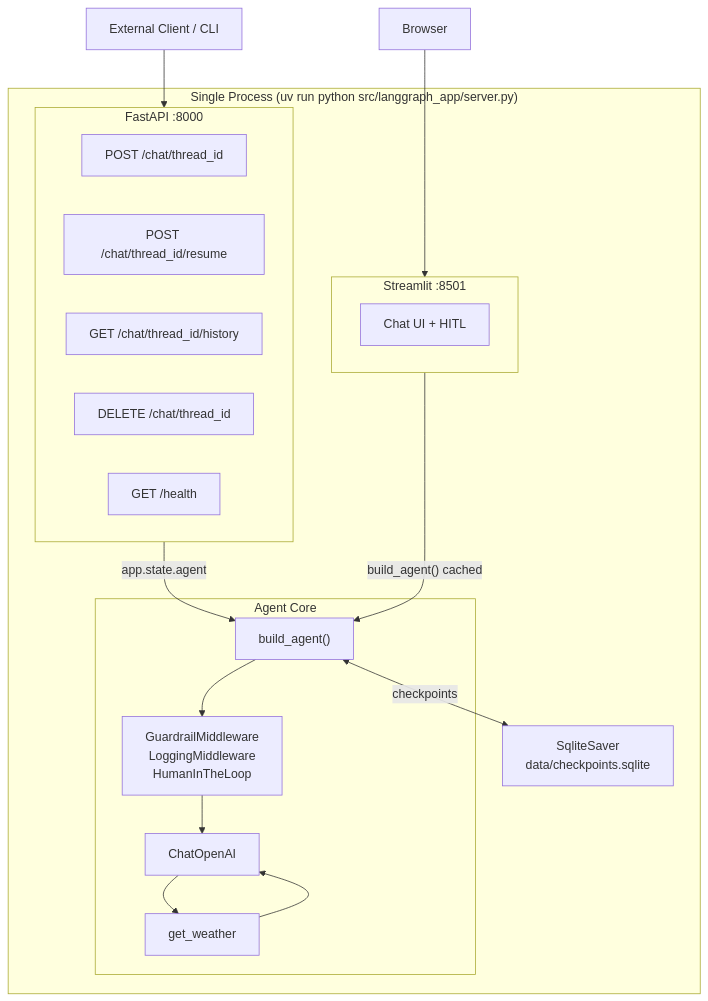
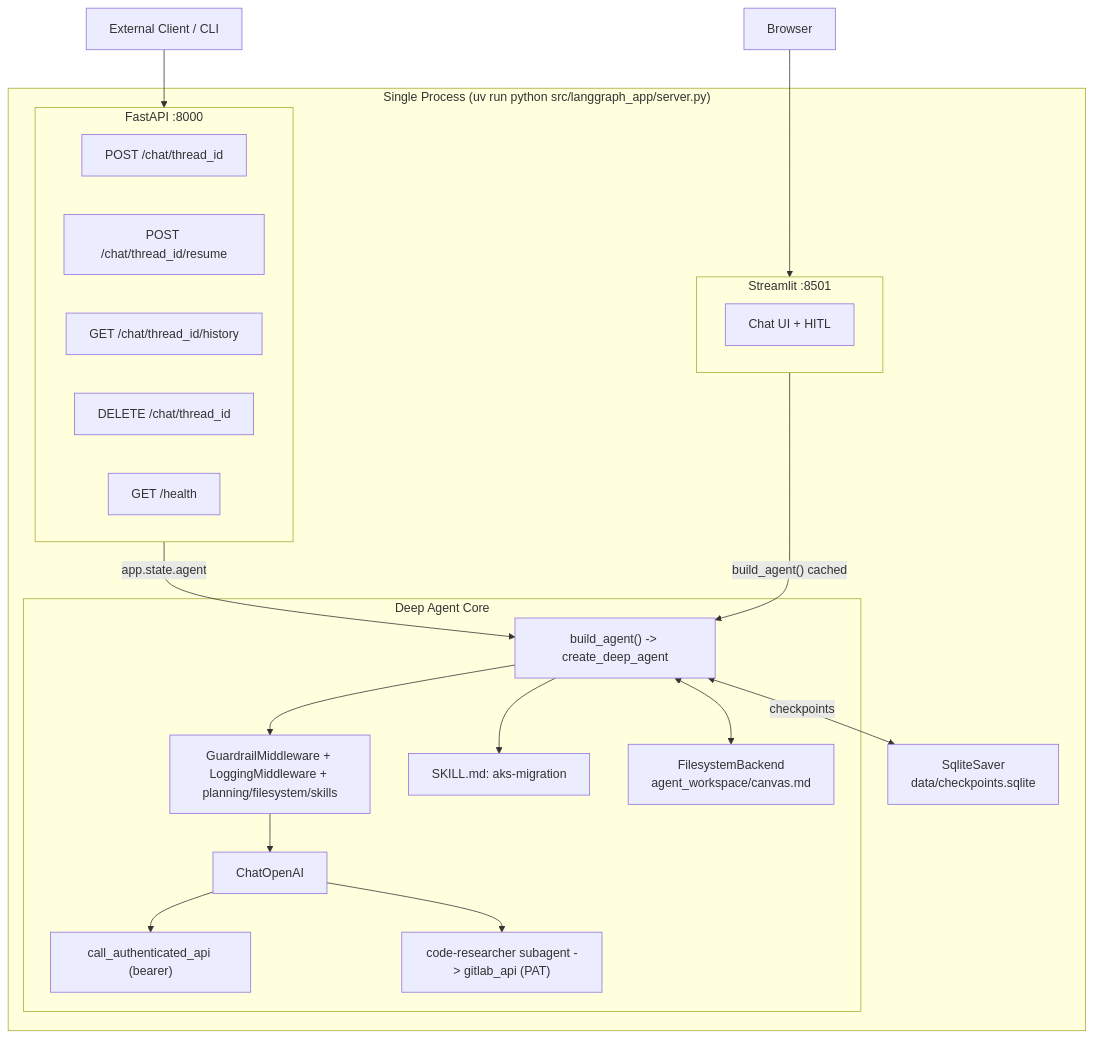
The diagram in README.md (shivank22/LangGraphBoilerPlate), drawn with Mermaid before and after one commit. The commit also changed other lines of this file and 13 other files, not shown here.

Commit message:
Equipped Agent with Skill and Fixed some BUGS

````diff
--- a/README.md
+++ b/README.md
@@ -53,27 +53,34 @@
 ```mermaid
 flowchart TD
     subgraph monolith ["Single Process  (uv run python src/langgraph_app/server.py)"]
         subgraph fastapiBlock ["FastAPI  :8000"]
             R1["POST /chat/thread_id"]
             R2["POST /chat/thread_id/resume"]
             R3["GET /chat/thread_id/history"]
             R4["DELETE /chat/thread_id"]
             R5["GET /health"]
         end
         subgraph streamlitBlock ["Streamlit  :8501"]
             UI["Chat UI + HITL"]
         end
-        subgraph coreBlock ["Agent Core"]
-            AG["build_agent()"]
-            MW["GuardrailMiddleware\nLoggingMiddleware\nHumanInTheLoop"]
+        subgraph coreBlock ["Deep Agent Core"]
+            AG["build_agent() -> create_deep_agent"]
+            MW["GuardrailMiddleware + LoggingMiddleware + planning/filesystem/skills"]
             Model["ChatOpenAI"]
-            Tools["get_weather"]
+            Skill["SKILL.md: aks-migration"]
+            Tools["call_authenticated_api (bearer)"]
+            Sub["code-researcher subagent -> gitlab_api (PAT)"]
+            FS["FilesystemBackend\nagent_workspace/canvas.md"]
         end
         fastapiBlock -->|"app.state.agent"| AG
         streamlitBlock -->|"build_agent() cached"| AG
-        AG --> MW --> Model --> Tools --> Model
+        AG --> MW --> Model
+        Model --> Tools
+        Model --> Sub
+        AG --> Skill
+        AG <--> FS
         AG <-->|checkpoints| CP["SqliteSaver\ndata/checkpoints.sqlite"]
     end
     Browser["Browser"] --> streamlitBlock
     ExtClient["External Client / CLI"] --> fastapiBlock
 ```
````
